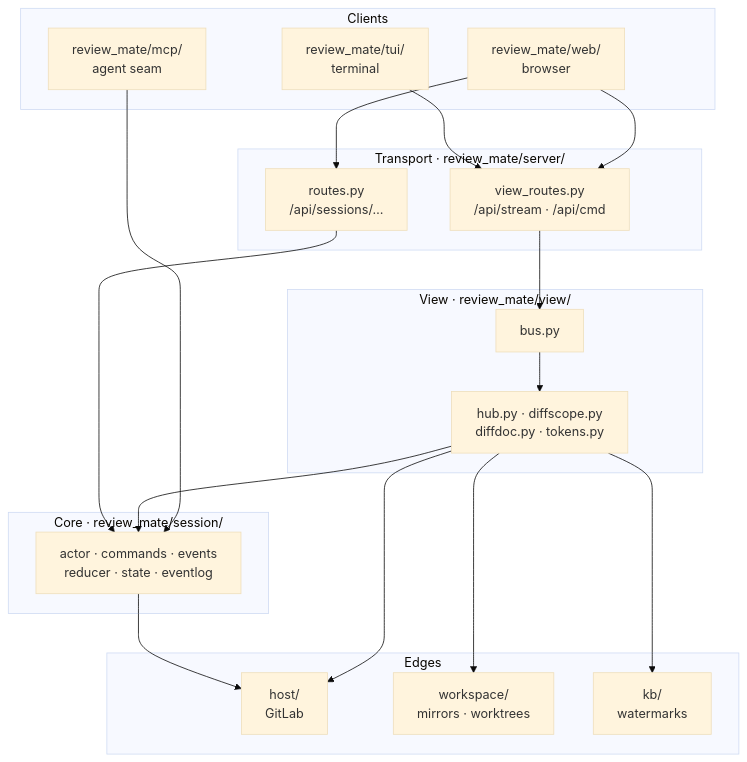
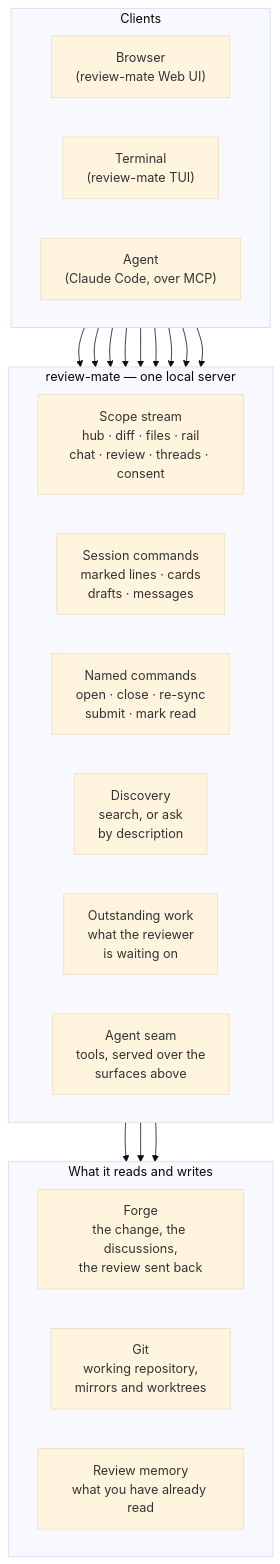
The first of 3 diagrams in docs/architecture.md (Joacchim/review-mate-prototype), drawn with Mermaid (base theme) before and after one commit. The commit also changed other lines of this file and 3 other files, not shown here.

First line of the commit message:
docs: install as a user, say what the agent may not do, and draw the architecture by role

````diff
--- a/docs/architecture.md
+++ b/docs/architecture.md
@@ -8,35 +12,40 @@
 ```mermaid
-flowchart TD
+flowchart TB
     subgraph clients["Clients"]
-        W["review_mate/web/<br/>browser"]
-        T["review_mate/tui/<br/>terminal"]
-        A["review_mate/mcp/<br/>agent seam"]
-    end
-    subgraph transport["Transport · review_mate/server/"]
-        V["view_routes.py<br/>/api/stream · /api/cmd"]
-        H["routes.py<br/>/api/sessions/…"]
-    end
-    subgraph view["View · review_mate/view/"]
-        BUS["bus.py"]
-        SC["hub.py · diffscope.py<br/>diffdoc.py · tokens.py"]
-    end
-    subgraph core["Core · review_mate/session/"]
-        AC["actor · commands · events<br/>reducer · state · eventlog"]
-    end
-    subgraph edges["Edges"]
-        HO["host/<br/>GitLab"]
-        WS["workspace/<br/>mirrors · worktrees"]
-        KB["kb/<br/>watermarks"]
+        direction LR
+        W["Browser<br/>(review-mate Web UI)"]
+        T["Terminal<br/>(review-mate TUI)"]
+        A["Agent<br/>(Claude Code, over MCP)"]
     end
 
-    W --> V
-    T --> V
-    W --> H
-    A --> AC
-    V --> BUS --> SC --> AC
-    H --> AC
-    SC --> HO
-    SC --> WS
-    SC --> KB
-    AC --> HO
+    subgraph server["review-mate — one local server"]
+        direction LR
+        SCOPE["Scope stream<br/>hub · diff · files · rail<br/>chat · review · threads · consent"]
+        SESS["Session commands<br/>marked lines · cards<br/>drafts · messages"]
+        NAMED["Named commands<br/>open · close · re-sync<br/>submit · mark read"]
+        FIND["Discovery<br/>search, or ask<br/>by description"]
+        ASKS["Outstanding work<br/>what the reviewer<br/>is waiting on"]
+        SEAM["Agent seam<br/>tools, served over the<br/>surfaces above"]
+    end
+
+    subgraph out["What it reads and writes"]
+        direction LR
+        G["Forge<br/>the change, the discussions,<br/>the review sent back"]
+        R["Git<br/>working repository,<br/>mirrors and worktrees"]
+        M["Review memory<br/>what you have already read"]
+    end
+
+    W --> SCOPE
+    T --> SCOPE
+    W --> SESS
+    T --> SESS
+    W --> NAMED
+    T --> NAMED
+    W --> FIND
+    A --> ASKS
+    A --> SEAM
+
+    server --> G
+    server --> R
+    server --> M
 ```
````
